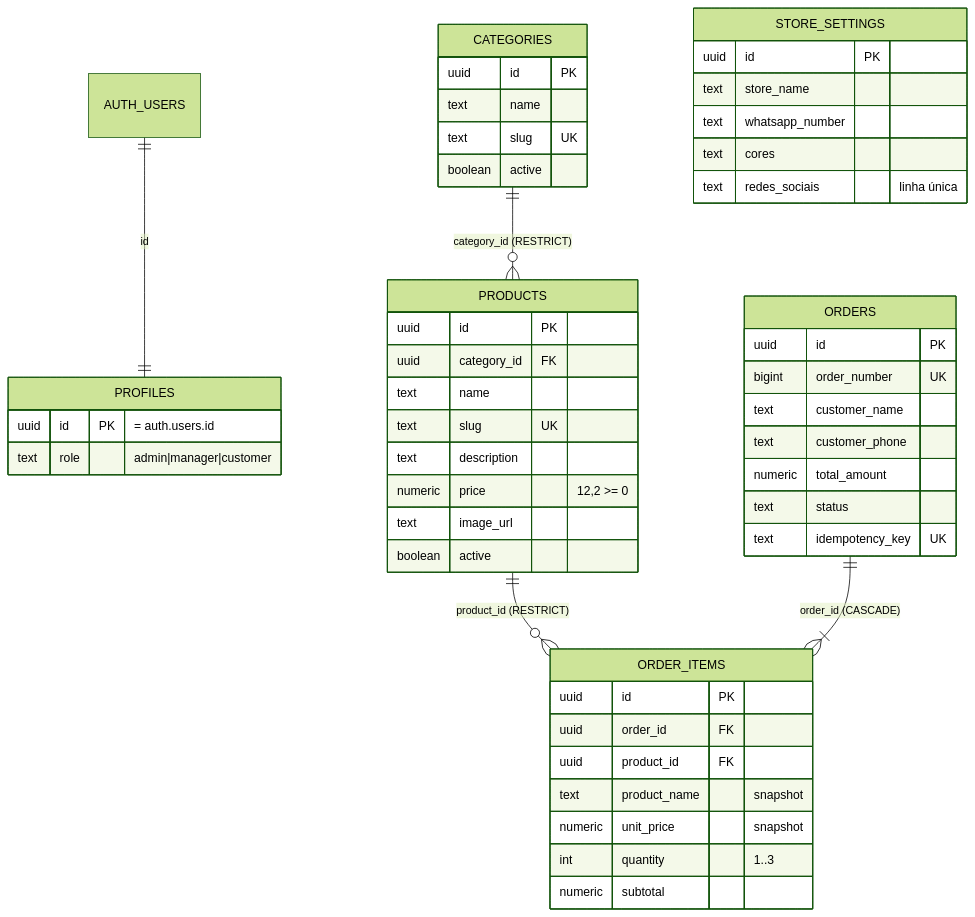
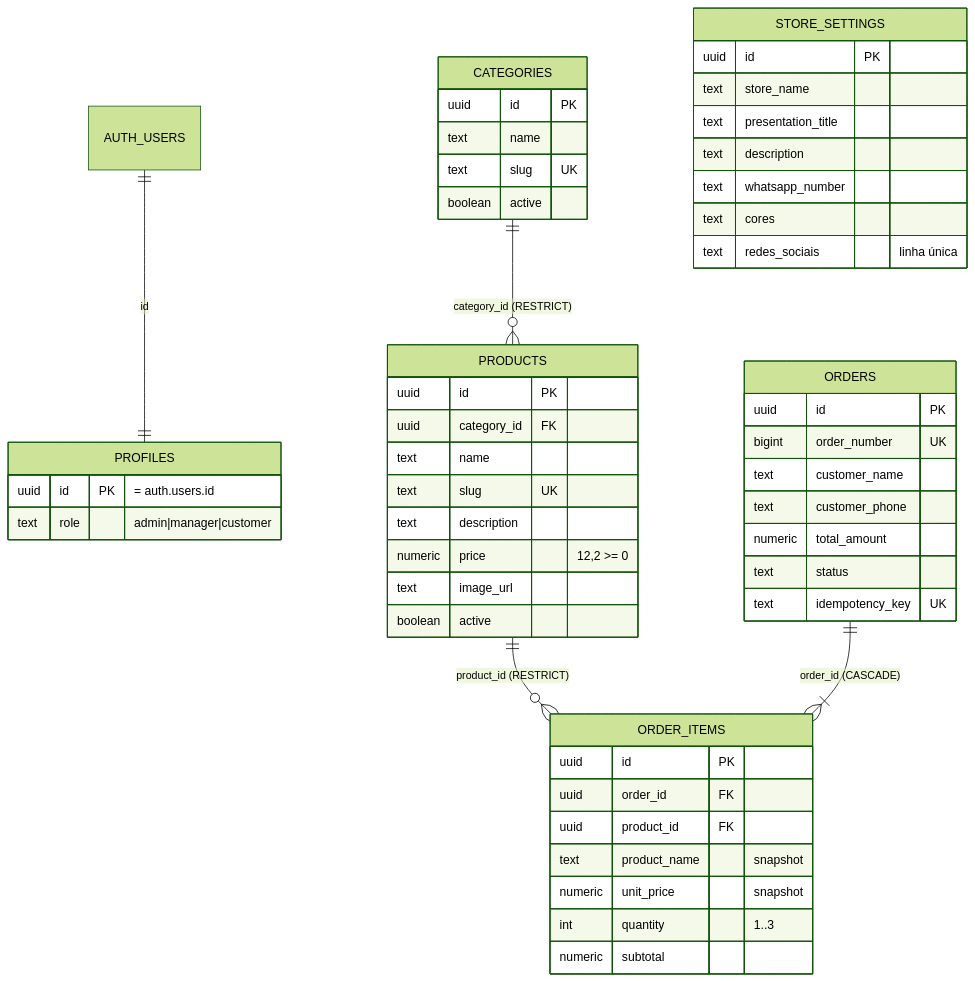
One commit to MateusDOSilva/conto-de-prata-2.0 changed the diagram in docs/architecture.md. Above: the diagram before and after it, drawn with Mermaid (forest theme). The commit also changed other lines of this file and 25 other files, not shown here.

````diff
--- a/docs/architecture.md
+++ b/docs/architecture.md
@@ -45,53 +45,55 @@
 ```mermaid
 erDiagram
   AUTH_USERS ||--|| PROFILES : "id"
   CATEGORIES ||--o{ PRODUCTS : "category_id (RESTRICT)"
   PRODUCTS   ||--o{ ORDER_ITEMS : "product_id (RESTRICT)"
   ORDERS     ||--|{ ORDER_ITEMS : "order_id (CASCADE)"
 
   PROFILES {
     uuid id PK "= auth.users.id"
     text role "admin|manager|customer"
   }
   CATEGORIES {
     uuid id PK
     text name
     text slug UK
     boolean active
   }
   PRODUCTS {
     uuid id PK
     uuid category_id FK
     text name
     text slug UK
     text description
     numeric price "12,2 >= 0"
     text image_url
     boolean active
   }
   STORE_SETTINGS {
     uuid id PK
     text store_name
+    text presentation_title
+    text description
     text whatsapp_number
     text cores
     text redes_sociais "linha única"
   }
   ORDERS {
     uuid id PK
     bigint order_number UK
     text customer_name
     text customer_phone
     numeric total_amount
     text status
     text idempotency_key UK
   }
   ORDER_ITEMS {
     uuid id PK
     uuid order_id FK
     uuid product_id FK
     text product_name "snapshot"
     numeric unit_price "snapshot"
     int quantity "1..3"
     numeric subtotal
   }
 ```
````
